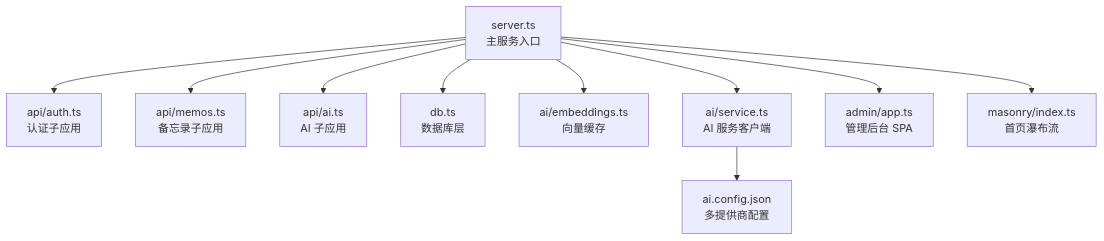
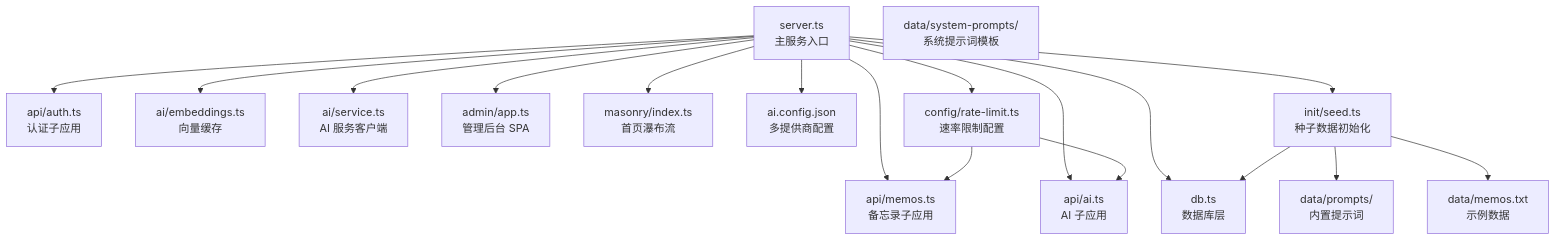
One commit to BlackBoxRecorder/memos changed the first of 11 diagrams in .qoder/repowiki/zh/content/开发指南/开发指南.md. Above: the diagram before and after it, drawn with Mermaid. The commit also changed other lines of this file and 7 other files, not shown here.

````diff
--- a/.qoder/repowiki/zh/content/开发指南/开发指南.md
+++ b/.qoder/repowiki/zh/content/开发指南/开发指南.md
@@ -52,13 +58,22 @@
 ```mermaid
 graph TB
 A["server.ts<br/>主服务入口"] --> B["api/auth.ts<br/>认证子应用"]
 A --> C["api/memos.ts<br/>备忘录子应用"]
 A --> D["api/ai.ts<br/>AI 子应用"]
 A --> E["db.ts<br/>数据库层"]
 A --> F["ai/embeddings.ts<br/>向量缓存"]
 A --> G["ai/service.ts<br/>AI 服务客户端"]
 A --> H["admin/app.ts<br/>管理后台 SPA"]
 A --> I["masonry/index.ts<br/>首页瀑布流"]
-J["ai.config.json<br/>多提供商配置"]
-G --> J
+A --> J["ai.config.json<br/>多提供商配置"]
+A --> K["config/rate-limit.ts<br/>速率限制配置"]
+A --> L["init/seed.ts<br/>种子数据初始化"]
+M["data/memos.txt<br/>示例数据"]
+N["data/prompts/<br/>内置提示词"]
+O["data/system-prompts/<br/>系统提示词模板"]
+K --> C
+K --> D
+L --> E
+L --> N
+L --> M
 ```
````
